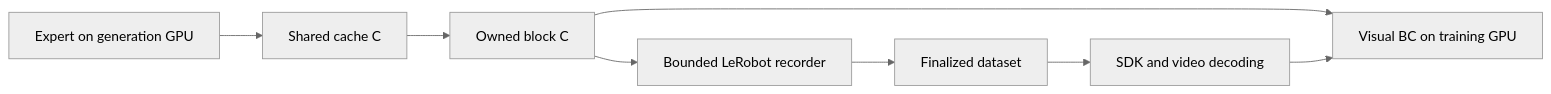
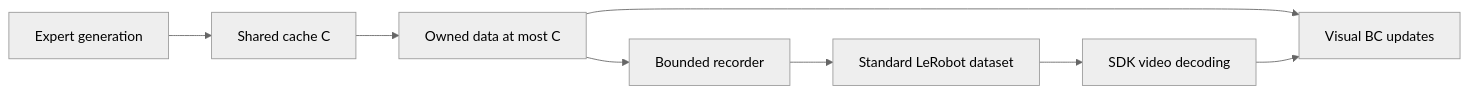
The diagram in docs/architecture/ods-data-stream-showcase-design.md (DexForce/EmbodiChain), drawn with Mermaid (neutral theme) before and after one commit. The commit also changed other lines of this file and 1045 other files, not shown here.

````diff
--- a/docs/architecture/ods-data-stream-showcase-design.md
+++ b/docs/architecture/ods-data-stream-showcase-design.md
@@ -409,10 +35,10 @@
 ```mermaid
 flowchart LR
-    Expert[Expert on generation GPU] --> Shared[Shared cache C]
-    Shared --> Block[Owned block C]
-    Block --> Train[Visual BC on training GPU]
-    Block --> Writer[Bounded LeRobot recorder]
-    Writer --> Files[Finalized dataset]
-    Files --> Decode[SDK and video decoding]
+    Expert[Expert generation] --> Shared[Shared cache C]
+    Shared --> Owned[Owned data at most C]
+    Owned --> Train[Visual BC updates]
+    Owned --> Writer[Bounded recorder]
+    Writer --> Files[Standard LeRobot dataset]
+    Files --> Decode[SDK video decoding]
     Decode --> Train
 ```
````
